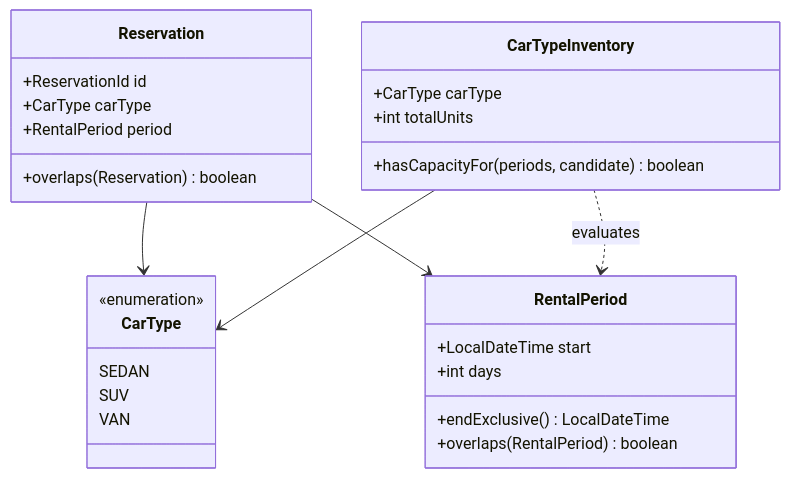
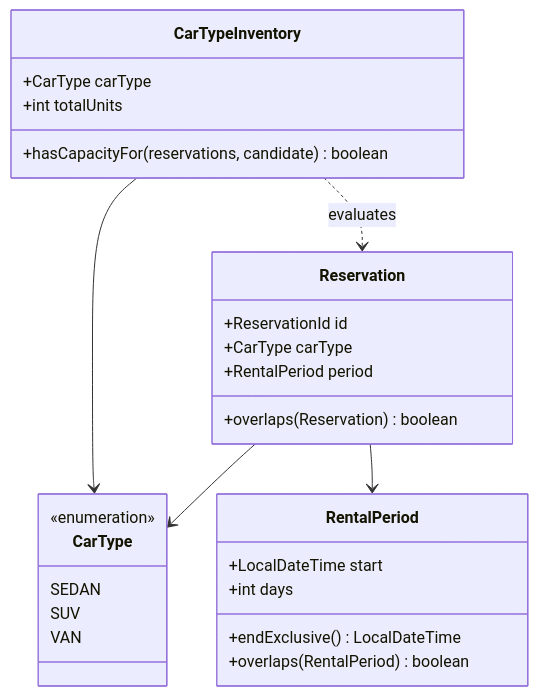
Before and after one commit to cleankod/car-rental: the third of 3 diagrams in docs/architecture.md, drawn with Mermaid. The commit also changed other lines of this file and 4 other files, not shown here.

First line of the commit message:
refactor: check allocation capacity against Reservations via Reservation.overlaps

````diff
--- a/docs/architecture.md
+++ b/docs/architecture.md
@@ -78,30 +78,30 @@
 ```mermaid
 classDiagram
     class CarType {
         <<enumeration>>
         SEDAN
         SUV
         VAN
     }
     class RentalPeriod {
         +LocalDateTime start
         +int days
         +endExclusive() LocalDateTime
         +overlaps(RentalPeriod) boolean
     }
     class Reservation {
         +ReservationId id
         +CarType carType
         +RentalPeriod period
         +overlaps(Reservation) boolean
     }
     class CarTypeInventory {
         +CarType carType
         +int totalUnits
-        +hasCapacityFor(periods, candidate) boolean
+        +hasCapacityFor(reservations, candidate) boolean
     }
     Reservation --> CarType
     Reservation --> RentalPeriod
     CarTypeInventory --> CarType
-    CarTypeInventory ..> RentalPeriod : evaluates
+    CarTypeInventory ..> Reservation : evaluates
 ```
````
